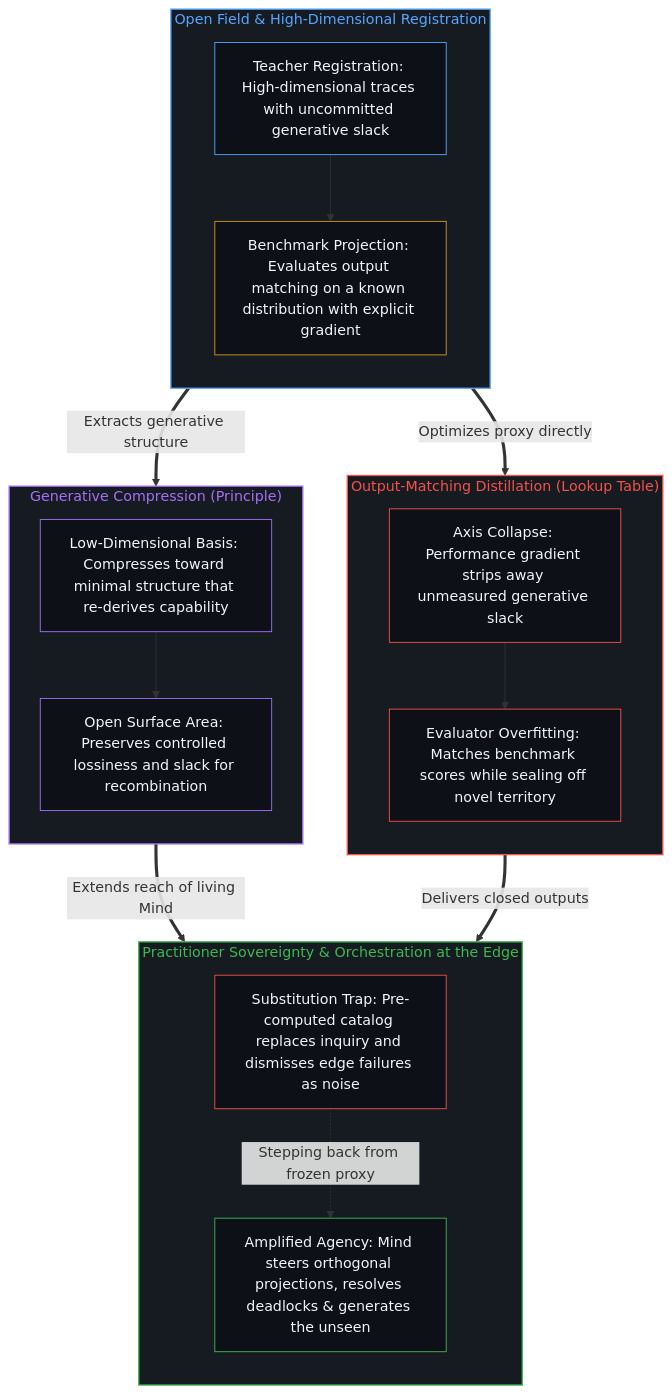
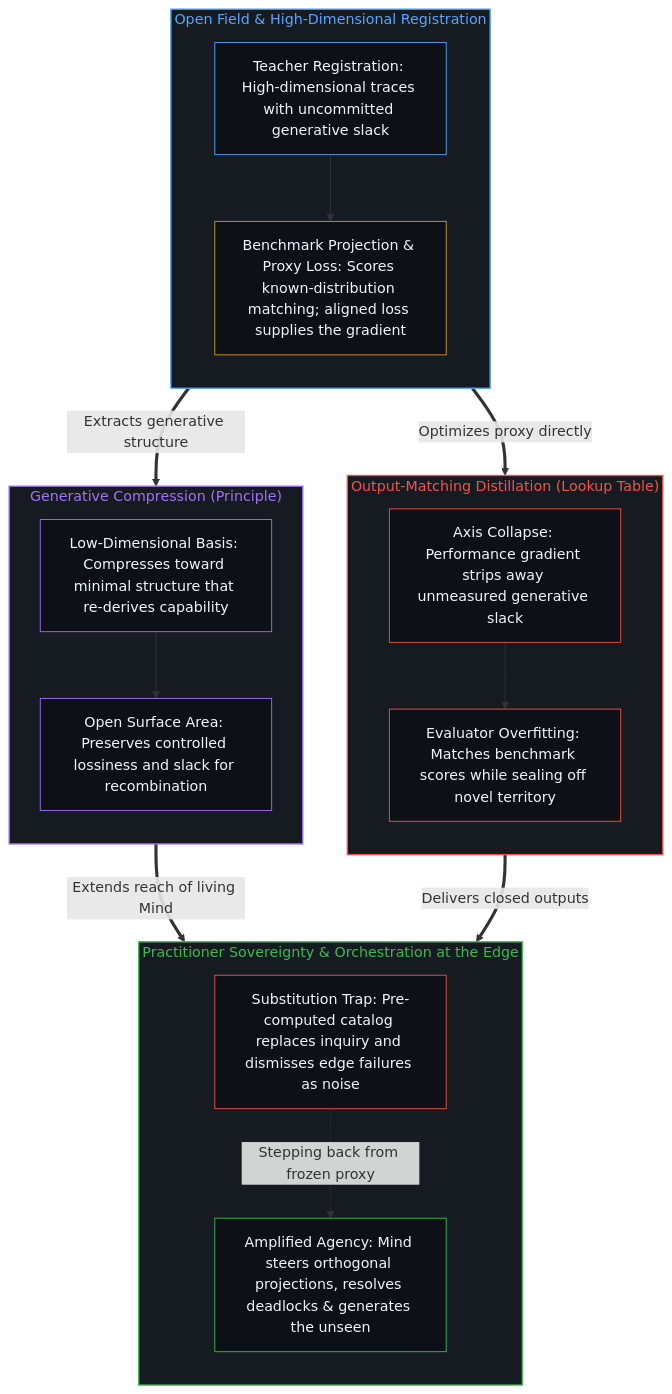
Before and after one commit to powerpig99/not-a-toe: the second of 2 diagrams in content/posts/distillation-compression-agency.md, drawn with Mermaid. The commit also changed other lines of this file and 4 other files, not shown here.

````diff
--- a/content/posts/distillation-compression-agency.md
+++ b/content/posts/distillation-compression-agency.md
@@ -123,43 +123,43 @@
 ```mermaid
 flowchart TD
     subgraph S_Open["Open Field & High-Dimensional Registration"]
         direction TB
         Teacher["Teacher Registration: High-dimensional traces with uncommitted generative slack"]
-        Bench["Benchmark Projection: Evaluates output matching on a known distribution with explicit gradient"]
+        Bench["Benchmark Projection & Proxy Loss: Scores known-distribution matching; aligned loss supplies the gradient"]
         Teacher --> Bench
     end
     subgraph S_Lookup["Output-Matching Distillation (Lookup Table)"]
         direction TB
         Collapse["Axis Collapse: Performance gradient strips away unmeasured generative slack"]
         LockIn["Evaluator Overfitting: Matches benchmark scores while sealing off novel territory"]
         Collapse --> LockIn
     end
     subgraph S_Principle["Generative Compression (Principle)"]
         direction TB
         Basis["Low-Dimensional Basis: Compresses toward minimal structure that re-derives capability"]
         Surface["Open Surface Area: Preserves controlled lossiness and slack for recombination"]
         Basis --> Surface
     end
     subgraph S_Agency["Practitioner Sovereignty & Orchestration at the Edge"]
         direction TB
         Sub["Substitution Trap: Pre-computed catalog replaces inquiry and dismisses edge failures as noise"]
         Amp["Amplified Agency: Mind steers orthogonal projections, resolves deadlocks & generates the unseen"]
         Sub -.->|"Stepping back from frozen proxy"| Amp
     end
     Bench ==>|"Optimizes proxy directly"| Collapse
     Teacher ==>|"Extracts generative structure"| Basis
     LockIn ==>|"Delivers closed outputs"| Sub
     Surface ==>|"Extends reach of living Mind"| Amp
     style S_Open fill:#161b22,stroke:#58a6ff,stroke-width:1.5px,color:#58a6ff
     style S_Lookup fill:#161b22,stroke:#f85149,stroke-width:1.5px,color:#f85149
     style S_Principle fill:#161b22,stroke:#a371f7,stroke-width:1.5px,color:#a371f7
     style S_Agency fill:#161b22,stroke:#3fb950,stroke-width:1.5px,color:#3fb950
     style Teacher fill:#0d1117,stroke:#58a6ff,stroke-width:1px,color:#f0f6fc
     style Bench fill:#0d1117,stroke:#d29922,stroke-width:1px,color:#f0f6fc
     style Collapse fill:#0d1117,stroke:#f85149,stroke-width:1px,color:#f0f6fc
     style LockIn fill:#0d1117,stroke:#f85149,stroke-width:1px,color:#f0f6fc
     style Basis fill:#0d1117,stroke:#a371f7,stroke-width:1px,color:#f0f6fc
     style Surface fill:#0d1117,stroke:#a371f7,stroke-width:1px,color:#f0f6fc
     style Sub fill:#0d1117,stroke:#f85149,stroke-width:1px,color:#f0f6fc
     style Amp fill:#0d1117,stroke:#3fb950,stroke-width:1px,color:#f0f6fc
 ```
````
